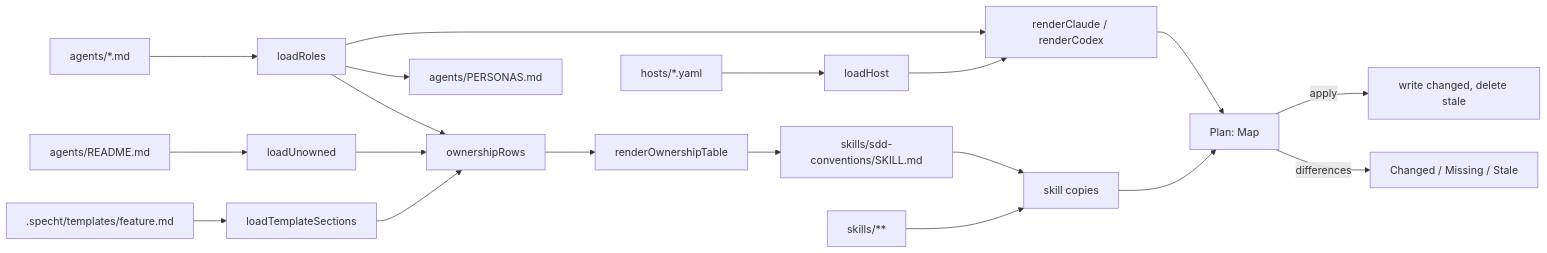
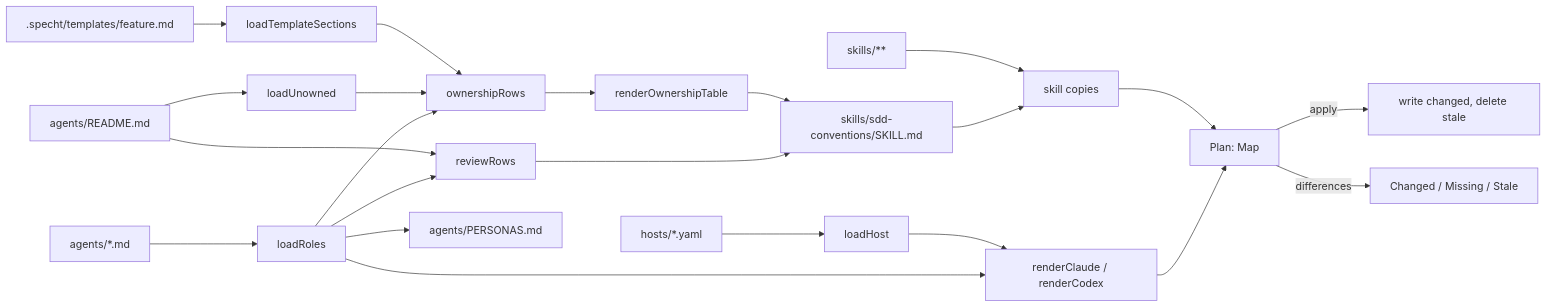
The diagram in scripts/.spec/README.md (RLittlesII/agents), drawn with Mermaid before and after one commit. The commit also changed other lines of this file and 3 other files, not shown here.

First line of the commit message:
docs: claim review passes as 0001-F2 B-008 and 0001-F1 B-013..B-015

````diff
--- a/scripts/.spec/README.md
+++ b/scripts/.spec/README.md
@@ -126,16 +129,18 @@
 ```mermaid
 flowchart LR
   roles["agents/*.md"] --> load[loadRoles]
   readme["agents/README.md"] --> unowned[loadUnowned]
   hosts["hosts/*.yaml"] --> host[loadHost]
   template[".specht/templates/feature.md"] --> sections[loadTemplateSections]
   load & unowned & sections --> own[ownershipRows]
+  load & readme --> passes[reviewRows]
+  passes --> companion
   own --> table[renderOwnershipTable]
   table --> companion["skills/sdd-conventions/SKILL.md"]
   load --> roster["agents/PERSONAS.md"]
   load & host --> render["renderClaude / renderCodex"]
   companion & skills["skills/**"] --> copy["skill copies"]
   render & copy --> plan["Plan: Map<path, byte[]>"]
   plan -->|apply| write["write changed, delete stale"]
   plan -->|differences| check["Changed / Missing / Stale"]
 ```
````
